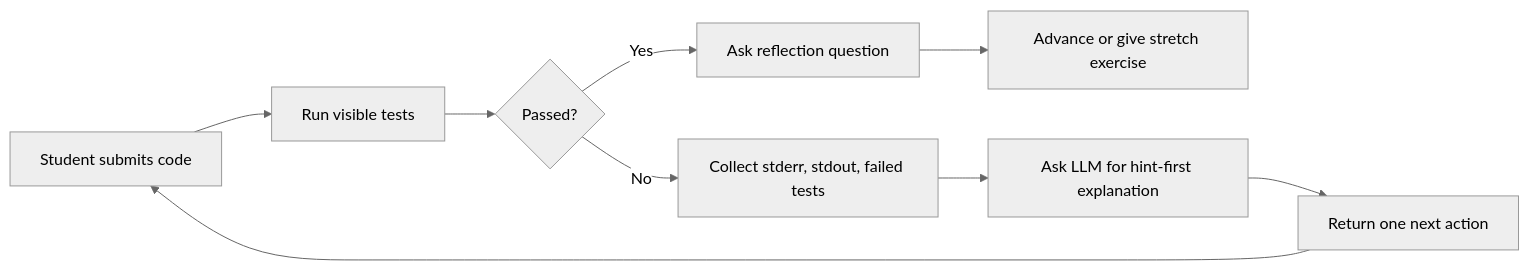
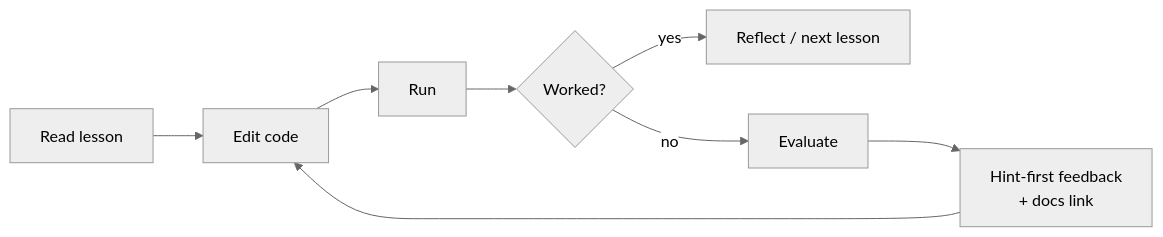
One commit to StewAlexander-com/python-tutor changed the second of 2 diagrams in README.md. Above: the diagram before and after it, drawn with Mermaid (neutral theme). The commit also changed other lines of this file, not shown here.

````diff
--- a/README.md
+++ b/README.md
@@ -404,11 +60,10 @@
 ```mermaid
 flowchart LR
-    A[Student submits code] --> B[Run visible tests]
-    B --> C{Passed?}
-    C -- Yes --> D[Ask reflection question]
-    D --> E[Advance or give stretch exercise]
-    C -- No --> F[Collect stderr, stdout, failed tests]
-    F --> G[Ask LLM for hint-first explanation]
-    G --> H[Return one next action]
-    H --> A
+    A[Read lesson] --> B[Edit code]
+    B --> C[Run]
+    C --> D{Worked?}
+    D -- yes --> E[Reflect / next lesson]
+    D -- no --> F[Evaluate]
+    F --> G[Hint-first feedback<br/>+ docs link]
+    G --> B
 ```
````
